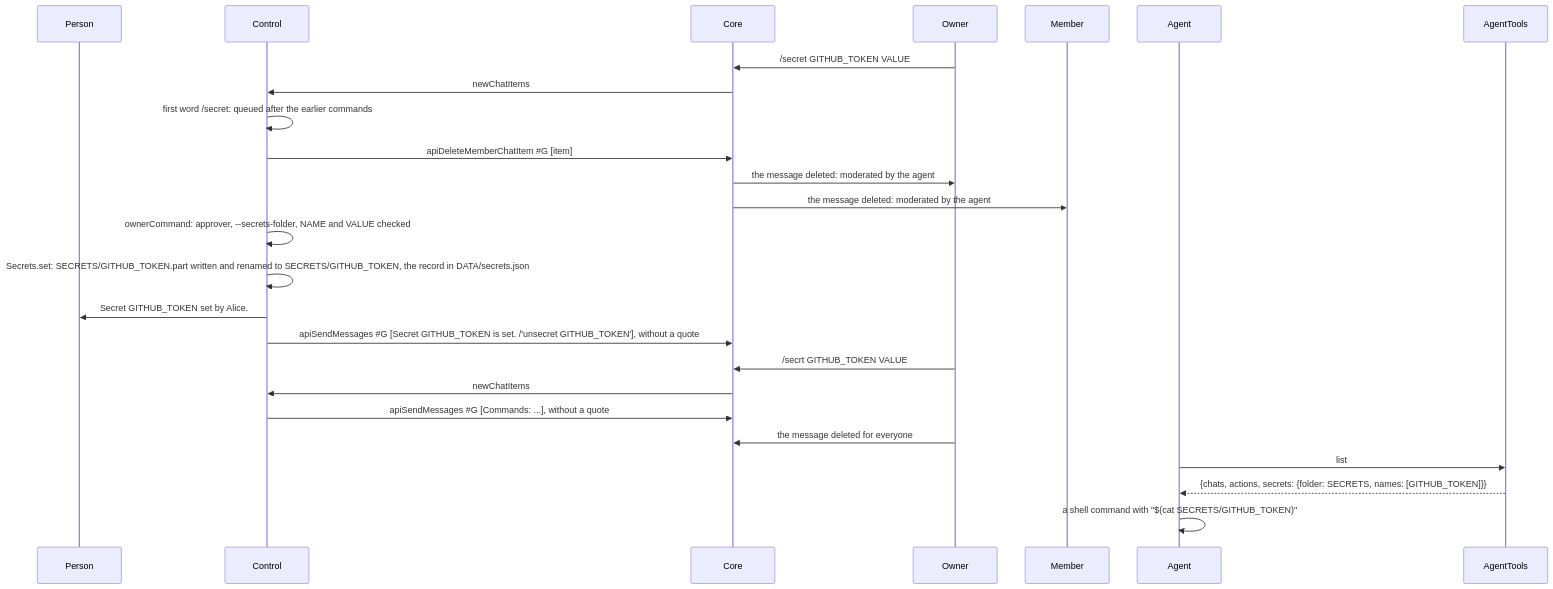
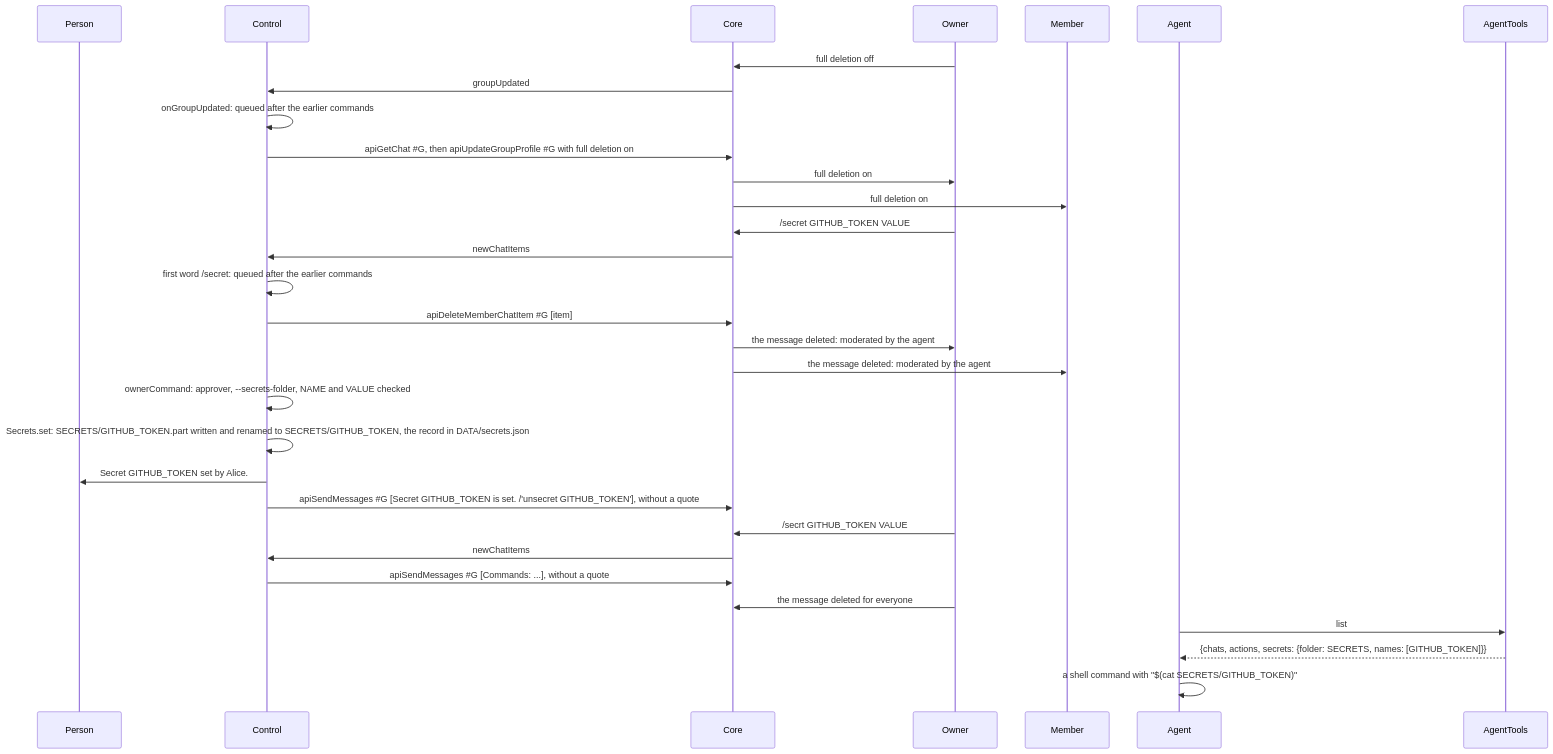
Before and after one commit to simplex-chat/simplex-chat: diagram 32 of 32 in packages/simplex-chat-mcp/spec/flows.md, drawn with Mermaid. The commit also changed other lines of this file and 12 other files, not shown here.

First line of the commit message:
mcp server: turn full deletion on again when an owner turns it off

````diff
--- a/packages/simplex-chat-mcp/spec/flows.md
+++ b/packages/simplex-chat-mcp/spec/flows.md
@@ -1457,27 +1457,33 @@
 ```mermaid
 sequenceDiagram
   participant P as Person
   participant K as Control
   participant C as Core
   participant O as Owner
   participant D as Member
   participant A as Agent
   participant T as AgentTools
+  O->>C: full deletion off
+  C->>K: groupUpdated
+  K->>K: onGroupUpdated: queued after the earlier commands
+  K->>C: apiGetChat #35;G, then apiUpdateGroupProfile #35;G with full deletion on
+  C->>O: full deletion on
+  C->>D: full deletion on
   O->>C: /secret GITHUB_TOKEN VALUE
   C->>K: newChatItems
   K->>K: first word /secret: queued after the earlier commands
   K->>C: apiDeleteMemberChatItem #35;G [item]
   C->>O: the message deleted: moderated by the agent
   C->>D: the message deleted: moderated by the agent
   K->>K: ownerCommand: approver, --secrets-folder, NAME and VALUE checked
   K->>K: Secrets.set: SECRETS/GITHUB_TOKEN.part written and renamed to SECRETS/GITHUB_TOKEN, the record in DATA/secrets.json
   K->>P: Secret GITHUB_TOKEN set by Alice.
   K->>C: apiSendMessages #35;G [Secret GITHUB_TOKEN is set. /'unsecret GITHUB_TOKEN'], without a quote
   O->>C: /secrt GITHUB_TOKEN VALUE
   C->>K: newChatItems
   K->>C: apiSendMessages #35;G [Commands: ...], without a quote
   O->>C: the message deleted for everyone
   A->>T: list
   T-->>A: {chats, actions, secrets: {folder: SECRETS, names: [GITHUB_TOKEN]}}
   A->>A: a shell command with "$(cat SECRETS/GITHUB_TOKEN)"
 ```
````
